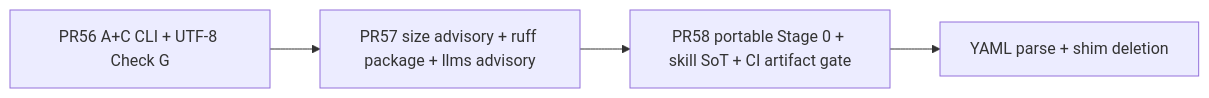
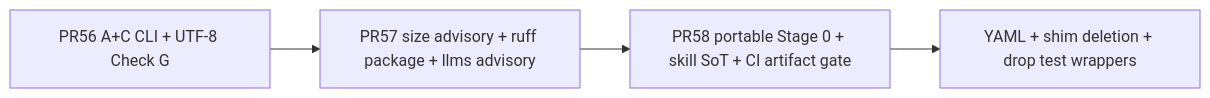
Before and after one commit to hcook17/spring-boot-doc-agent: the diagram in STATUS.md, drawn with Mermaid. The commit also changed other lines of this file and 92 other files, not shown here.

First line of the commit message:
Declare suite layout in pyproject; drop test wrappers and IDE cruft.

````diff
--- a/STATUS.md
+++ b/STATUS.md
@@ -48,6 +50,6 @@
 ```mermaid
 flowchart LR
   PR56["PR56 A+C CLI + UTF-8 Check G"] --> PR57["PR57 size advisory + ruff package + llms advisory"]
   PR57 --> PR58["PR58 portable Stage 0 + skill SoT + CI artifact gate"]
-  PR58 --> Hygiene["YAML parse + shim deletion"]
+  PR58 --> Hygiene["YAML + shim deletion + drop test wrappers"]
 ```
````
